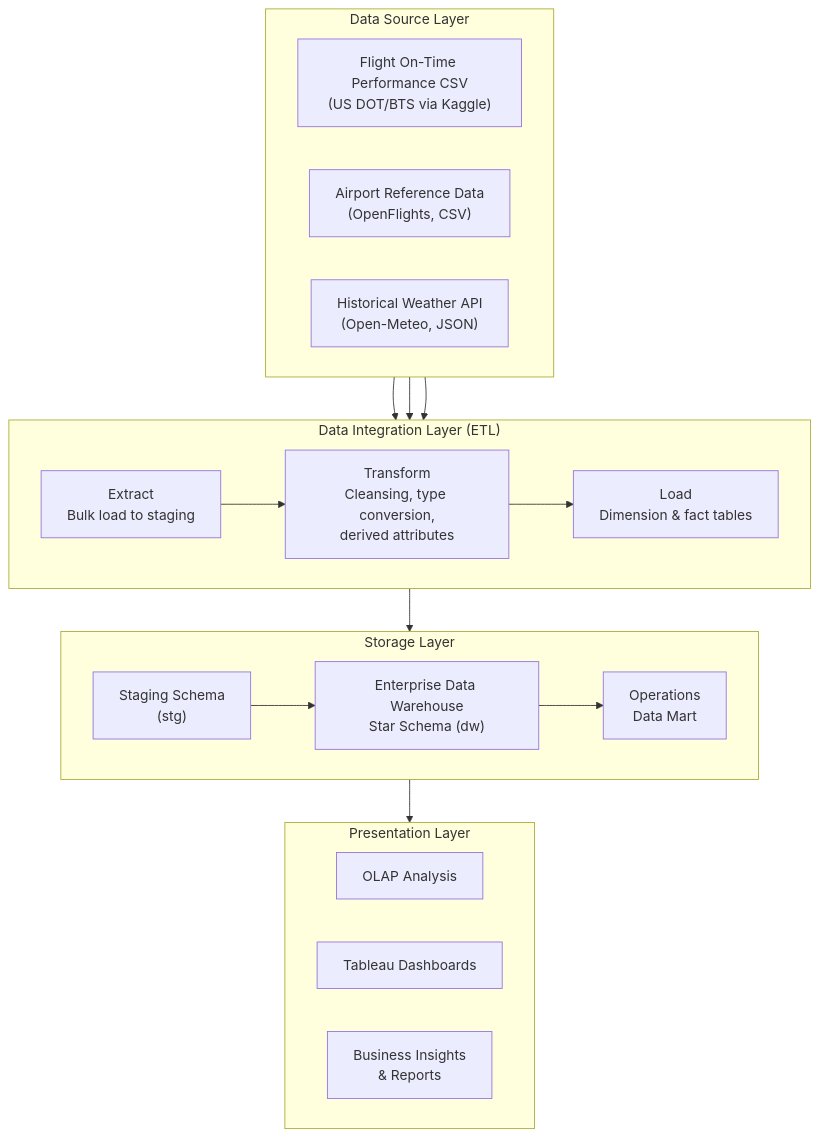
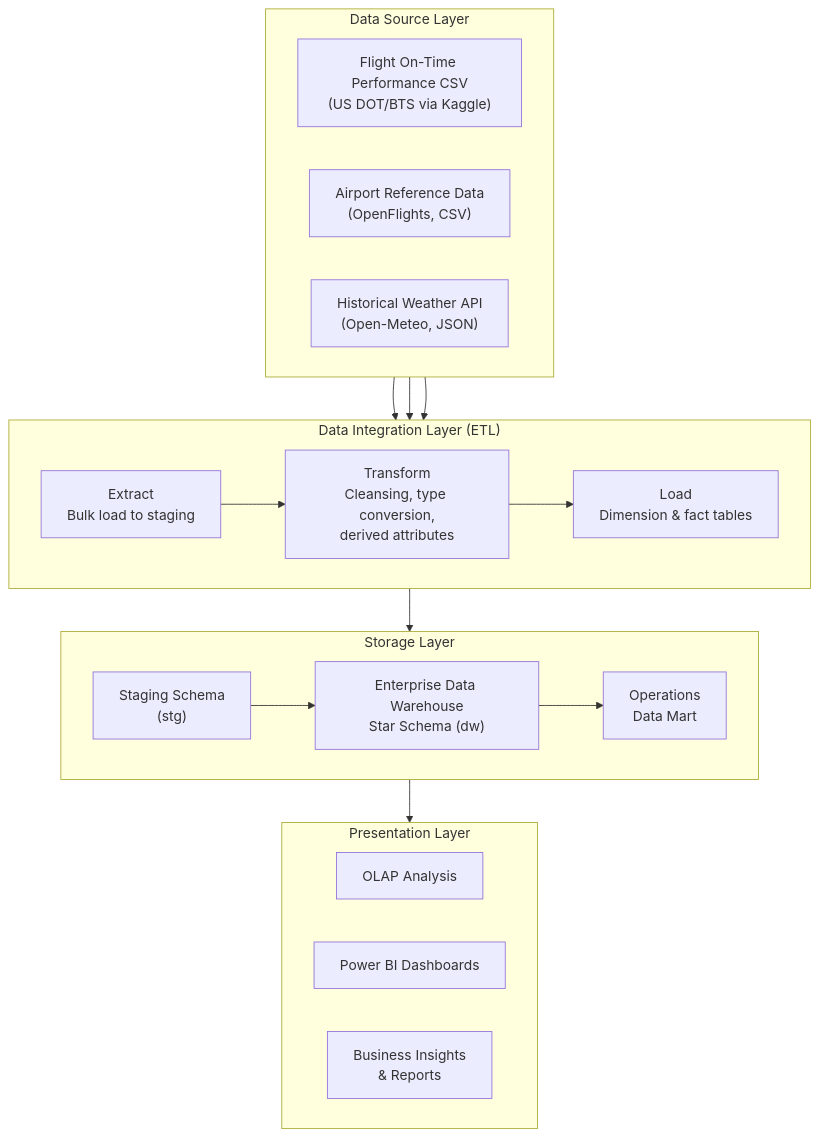
One commit to IneshS0154/DWBI-Flight-Delay-Analytics changed the first of 3 diagrams in Submission.md. Above: the diagram before and after it, drawn with Mermaid. The commit also changed other lines of this file and 2 other files, not shown here.

````diff
--- a/Submission.md
+++ b/Submission.md
@@ -248,32 +259,32 @@
 ```mermaid
 flowchart TB
     subgraph L1["Data Source Layer"]
         direction LR
         S1["Flight On-Time Performance CSV\n(US DOT/BTS via Kaggle)"]
         S2["Airport Reference Data\n(OpenFlights, CSV)"]
         S3["Historical Weather API\n(Open-Meteo, JSON)"]
     end
 
     subgraph L2["Data Integration Layer (ETL)"]
         direction LR
         E["Extract\nBulk load to staging"] --> T["Transform\nCleansing, type conversion,\nderived attributes"] --> LD["Load\nDimension & fact tables"]
     end
 
     subgraph L3["Storage Layer"]
         direction LR
         ST["Staging Schema\n(stg)"] --> DW["Enterprise Data Warehouse\nStar Schema (dw)"] --> DM["Operations\nData Mart"]
     end
 
     subgraph L4["Presentation Layer"]
         direction LR
         O["OLAP Analysis"]
-        BI["Tableau Dashboards"]
+        BI["Power BI Dashboards"]
         IN["Business Insights\n& Reports"]
     end
 
     S1 --> E
     S2 --> E
     S3 --> E
     L2 --> L3
     L3 --> L4
 ```
````
